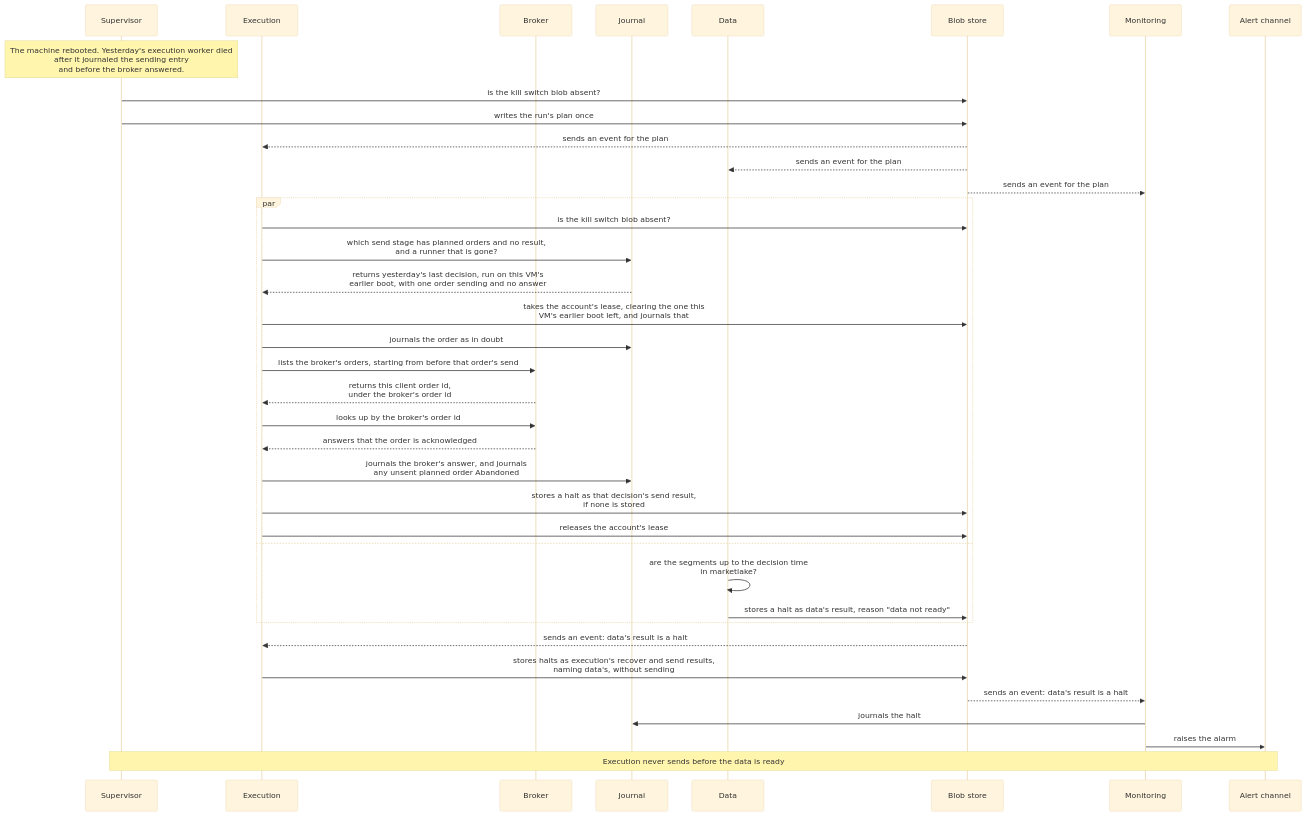
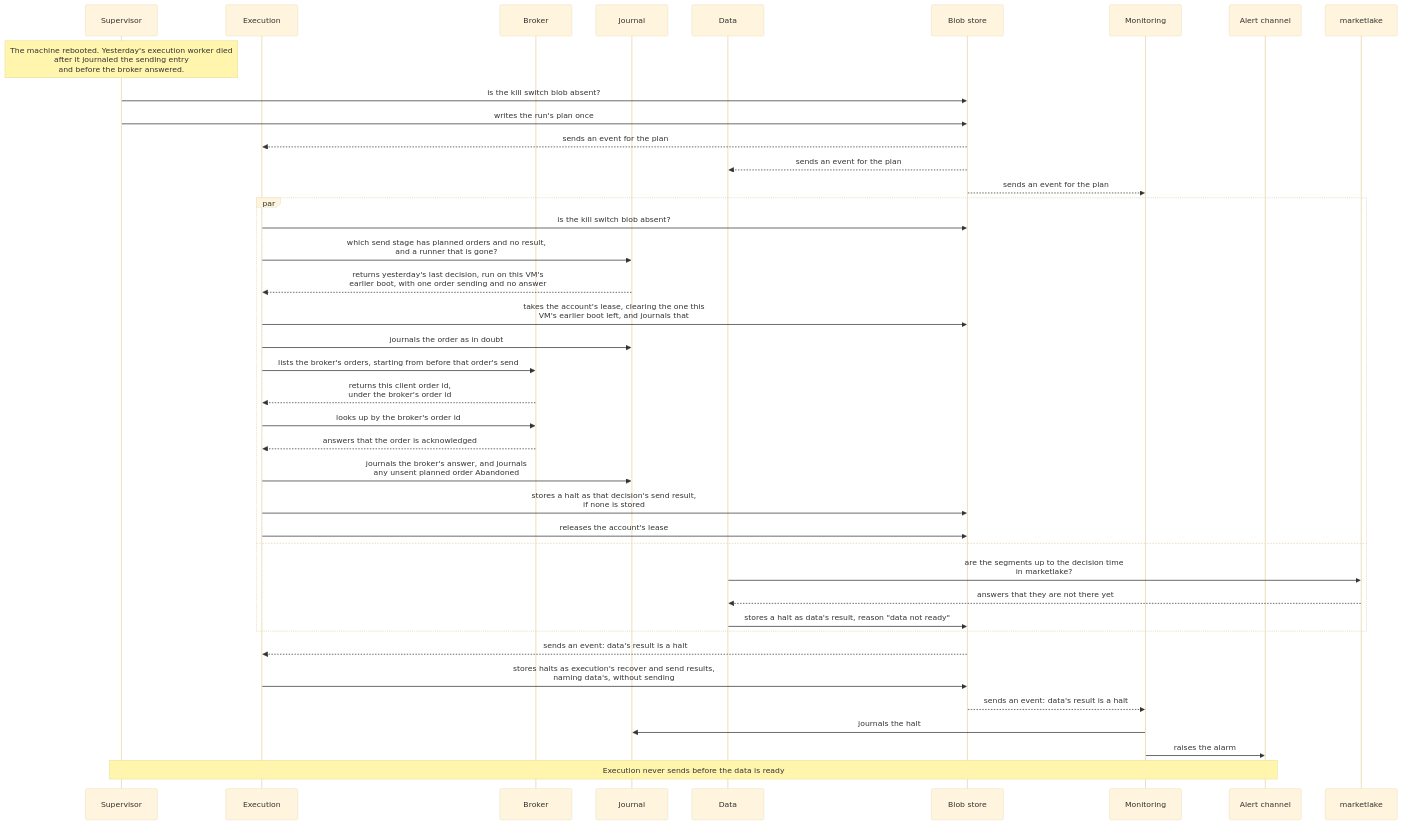
Before and after one commit to l3a0/ithildin-runtime: diagram 12 of 18 in docs/architecture/06-runtime.md, drawn with Mermaid (base theme). The commit also changed other lines of this file and 6 other files, not shown here.

````diff
--- a/docs/architecture/06-runtime.md
+++ b/docs/architecture/06-runtime.md
@@ -729,41 +734,43 @@
 ```mermaid
 sequenceDiagram
     participant V as Supervisor
     participant X as Execution
     participant B as Broker
     participant J as Journal
     participant D as Data
     participant F as Blob store
     participant M as Monitoring
     participant L as Alert channel
+    participant ML as marketlake
 
     Note over V: The machine rebooted. Yesterday's execution worker died<br/>after it journaled the sending entry<br/>and before the broker answered.
     V->>F: is the kill switch blob absent?
     V->>F: writes the run's plan once
     F-->>X: sends an event for the plan
     F-->>D: sends an event for the plan
     F-->>M: sends an event for the plan
     par
         X->>F: is the kill switch blob absent?
         X->>J: which send stage has planned orders and no result,<br/>and a runner that is gone?
         J-->>X: returns yesterday's last decision, run on this VM's<br/>earlier boot, with one order sending and no answer
         X->>F: takes the account's lease, clearing the one this<br/>VM's earlier boot left, and journals that
         X->>J: journals the order as in doubt
         X->>B: lists the broker's orders, starting from before that order's send
         B-->>X: returns this client order id,<br/>under the broker's order id
         X->>B: looks up by the broker's order id
         B-->>X: answers that the order is acknowledged
         X->>J: journals the broker's answer, and journals<br/>any unsent planned order Abandoned
         X->>F: stores a halt as that decision's send result,<br/>if none is stored
         X->>F: releases the account's lease
     and
-        D->>D: are the segments up to the decision time<br/>in marketlake?
+        D->>ML: are the segments up to the decision time<br/>in marketlake?
+        ML-->>D: answers that they are not there yet
         D->>F: stores a halt as data's result, reason "data not ready"
     end
     F-->>X: sends an event: data's result is a halt
     X->>F: stores halts as execution's recover and send results,<br/>naming data's, without sending
     F-->>M: sends an event: data's result is a halt
     M->>J: journals the halt
     M->>L: raises the alarm
     Note over V,L: Execution never sends before the data is ready
 ```
````
